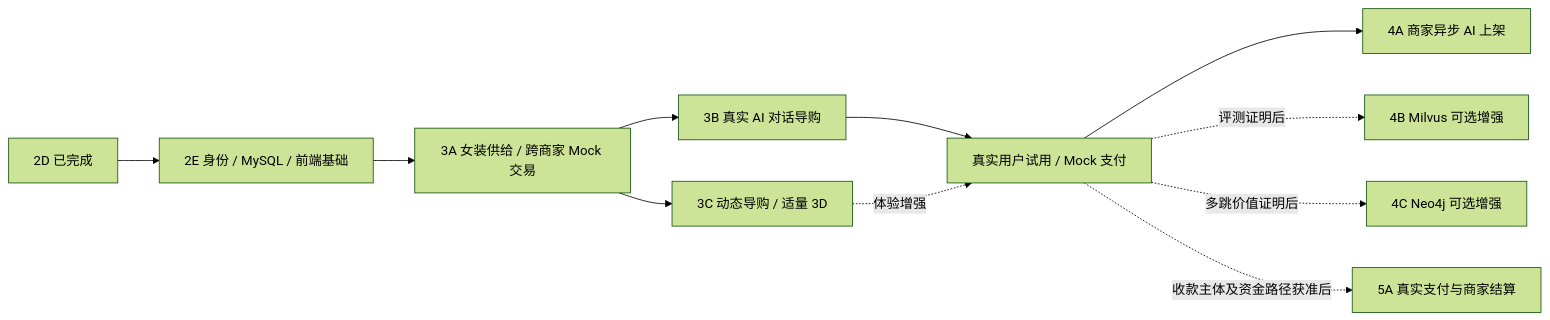
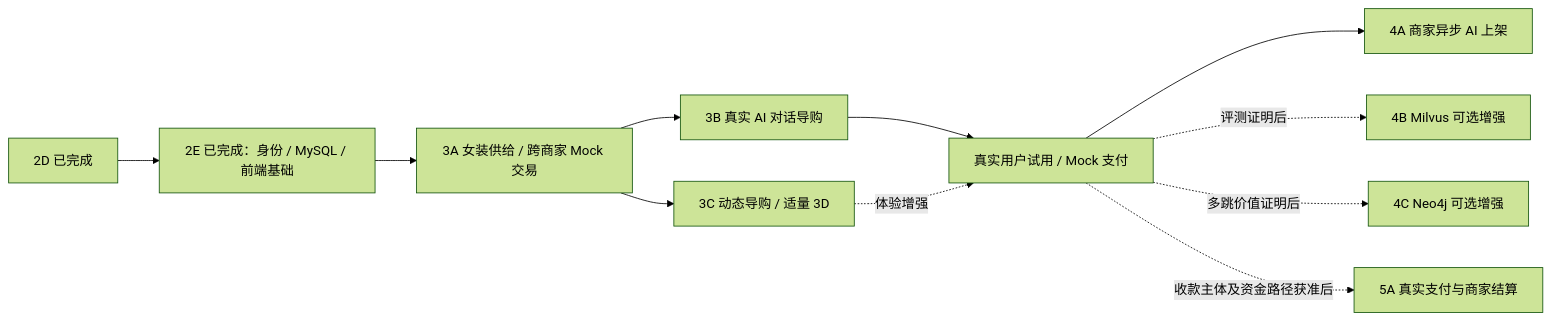
The fifth of 5 diagrams in docs/SYSTEM_ARCHITECTURE.md (powerful05/megagraph-shop), drawn with Mermaid (forest theme) before and after one commit. The commit also changed other lines of this file and 44 other files, not shown here.

````diff
--- a/docs/SYSTEM_ARCHITECTURE.md
+++ b/docs/SYSTEM_ARCHITECTURE.md
@@ -914,13 +918,13 @@
 ```mermaid
 flowchart LR
-    D[2D 已完成] --> E[2E 身份 / MySQL / 前端基础]
+    D[2D 已完成] --> E[2E 已完成：身份 / MySQL / 前端基础]
     E --> A[3A 女装供给 / 跨商家 Mock 交易]
     A --> B[3B 真实 AI 对话导购]
     A --> C[3C 动态导购 / 适量 3D]
     B --> T[真实用户试用 / Mock 支付]
     C -. 体验增强 .-> T
     T --> M[4A 商家异步 AI 上架]
     T -. 评测证明后 .-> V[4B Milvus 可选增强]
     T -. 多跳价值证明后 .-> G[4C Neo4j 可选增强]
     T -. 收款主体及资金路径获准后 .-> P[5A 真实支付与商家结算]
 ```
````
